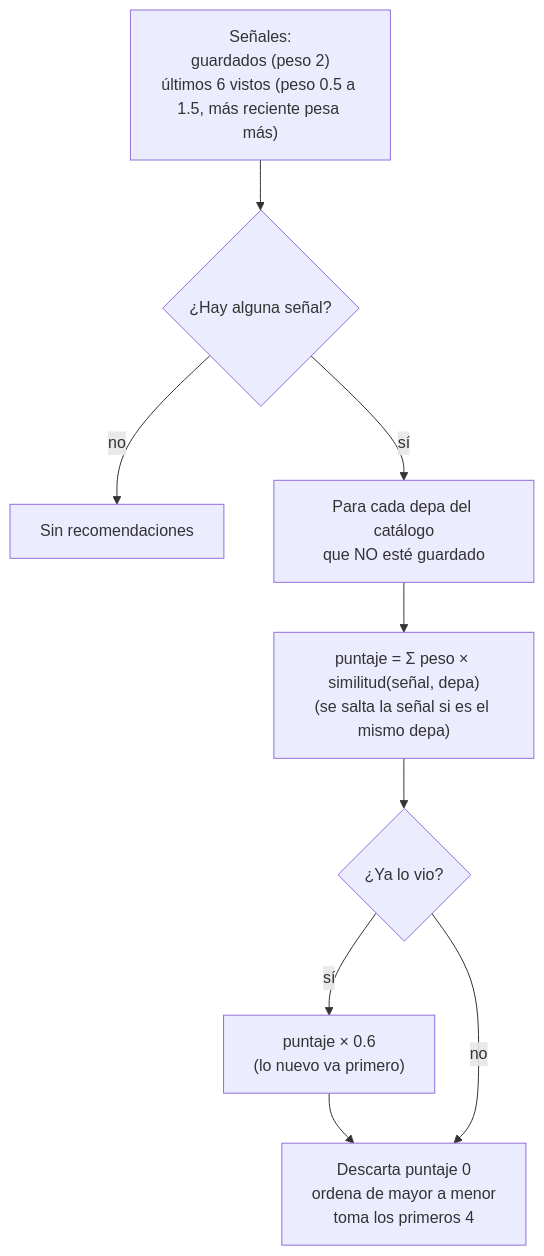
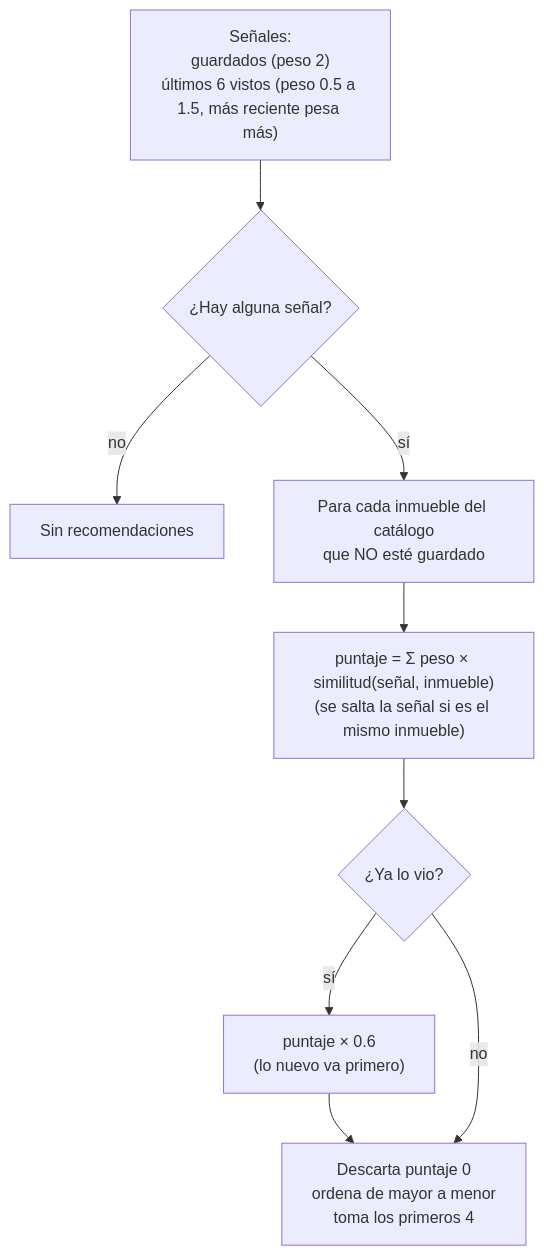
One commit to samirharrytl/DHC_landing changed diagram 11 of 18 in docs/plataforma/05-flujos.md. Above: the diagram before and after it, drawn with Mermaid. The commit also changed other lines of this file and 72 other files, not shown here.

````diff
--- a/docs/plataforma/05-flujos.md
+++ b/docs/plataforma/05-flujos.md
@@ -384,17 +384,17 @@
 ```mermaid
 flowchart TB
     A["Señales:<br/>guardados (peso 2)<br/>últimos 6 vistos (peso 0.5 a 1.5, más reciente pesa más)"]
     B{"¿Hay alguna señal?"}
     C["Sin recomendaciones"]
-    D["Para cada depa del catálogo<br/>que NO esté guardado"]
-    E["puntaje = Σ peso × similitud(señal, depa)<br/>(se salta la señal si es el mismo depa)"]
+    D["Para cada inmueble del catálogo<br/>que NO esté guardado"]
+    E["puntaje = Σ peso × similitud(señal, inmueble)<br/>(se salta la señal si es el mismo inmueble)"]
     F{"¿Ya lo vio?"}
     G["puntaje × 0.6<br/>(lo nuevo va primero)"]
     H["Descarta puntaje 0<br/>ordena de mayor a menor<br/>toma los primeros 4"]
 
     A --> B
     B -- no --> C
     B -- sí --> D --> E --> F
     F -- sí --> G --> H
     F -- no --> H
 ```
````
